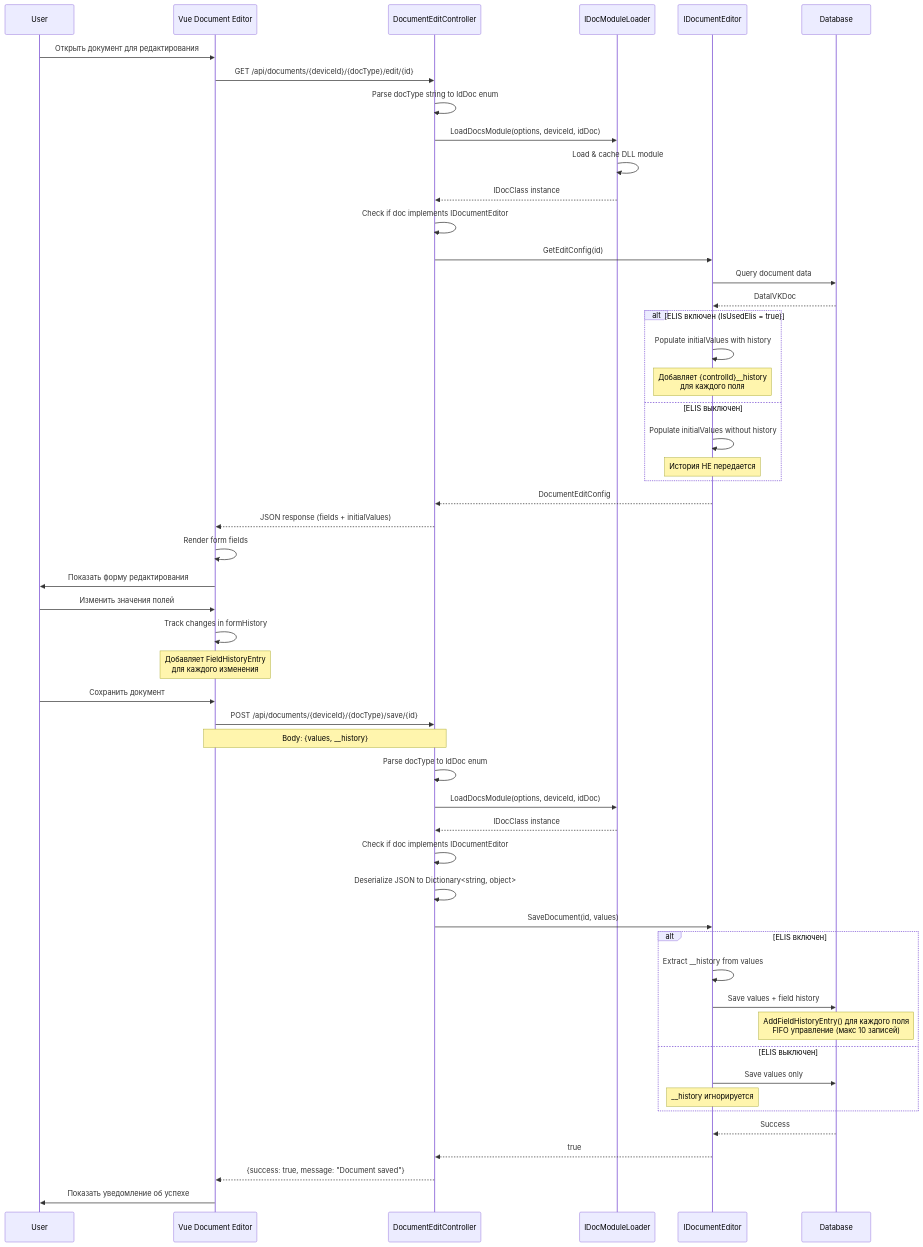
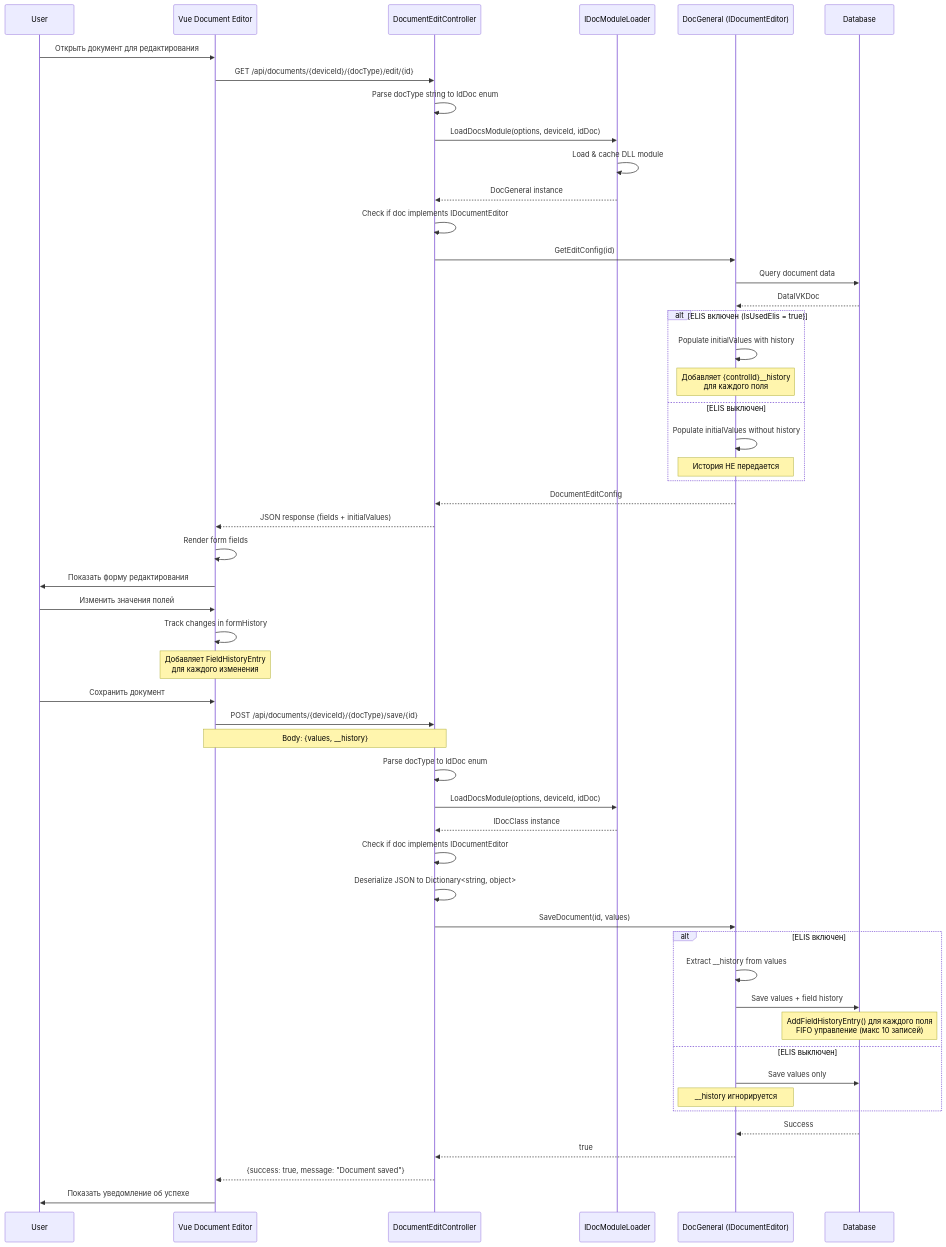
Before and after one commit to tn-ivk/tn-doc: the second of 4 diagrams in docs/api/endpoints.md, drawn with Mermaid. The commit also changed other lines of this file and 4 other files, not shown here.

````diff
--- a/docs/api/endpoints.md
+++ b/docs/api/endpoints.md
@@ -1015,65 +1015,65 @@
 ```mermaid
 sequenceDiagram
     participant User
     participant VueApp as Vue Document Editor
     participant API as DocumentEditController
     participant DocModuleLoader as IDocModuleLoader
-    participant DocModule as IDocumentEditor
+    participant DocModule as DocGeneral (IDocumentEditor)
     participant DB as Database
 
     User->>VueApp: Открыть документ для редактирования
     VueApp->>API: GET /api/documents/{deviceId}/{docType}/edit/{id}
 
     API->>API: Parse docType string to IdDoc enum
     API->>DocModuleLoader: LoadDocsModule(options, deviceId, idDoc)
     DocModuleLoader->>DocModuleLoader: Load & cache DLL module
-    DocModuleLoader-->>API: IDocClass instance
+    DocModuleLoader-->>API: DocGeneral instance
 
     API->>API: Check if doc implements IDocumentEditor
     API->>DocModule: GetEditConfig(id)
     DocModule->>DB: Query document data
     DB-->>DocModule: DataIVKDoc
 
     alt ELIS включен (IsUsedElis = true)
         DocModule->>DocModule: Populate initialValues with history
         Note over DocModule: Добавляет {controlId}__history<br/>для каждого поля
     else ELIS выключен
         DocModule->>DocModule: Populate initialValues without history
         Note over DocModule: История НЕ передается
     end
 
     DocModule-->>API: DocumentEditConfig
     API-->>VueApp: JSON response (fields + initialValues)
     VueApp->>VueApp: Render form fields
     VueApp->>User: Показать форму редактирования
 
     User->>VueApp: Изменить значения полей
     VueApp->>VueApp: Track changes in formHistory
     Note over VueApp: Добавляет FieldHistoryEntry<br/>для каждого изменения
 
     User->>VueApp: Сохранить документ
     VueApp->>API: POST /api/documents/{deviceId}/{docType}/save/{id}
     Note over VueApp,API: Body: {values, __history}
 
     API->>API: Parse docType to IdDoc enum
     API->>DocModuleLoader: LoadDocsModule(options, deviceId, idDoc)
     DocModuleLoader-->>API: IDocClass instance
 
     API->>API: Check if doc implements IDocumentEditor
     API->>API: Deserialize JSON to Dictionary<string, object>
     API->>DocModule: SaveDocument(id, values)
 
     alt ELIS включен
         DocModule->>DocModule: Extract __history from values
         DocModule->>DB: Save values + field history
         Note over DB: AddFieldHistoryEntry() для каждого поля<br/>FIFO управление (макс 10 записей)
     else ELIS выключен
         DocModule->>DB: Save values only
         Note over DocModule: __history игнорируется
     end
 
     DB-->>DocModule: Success
     DocModule-->>API: true
     API-->>VueApp: {success: true, message: "Document saved"}
     VueApp->>User: Показать уведомление об успехе
 ```
````
